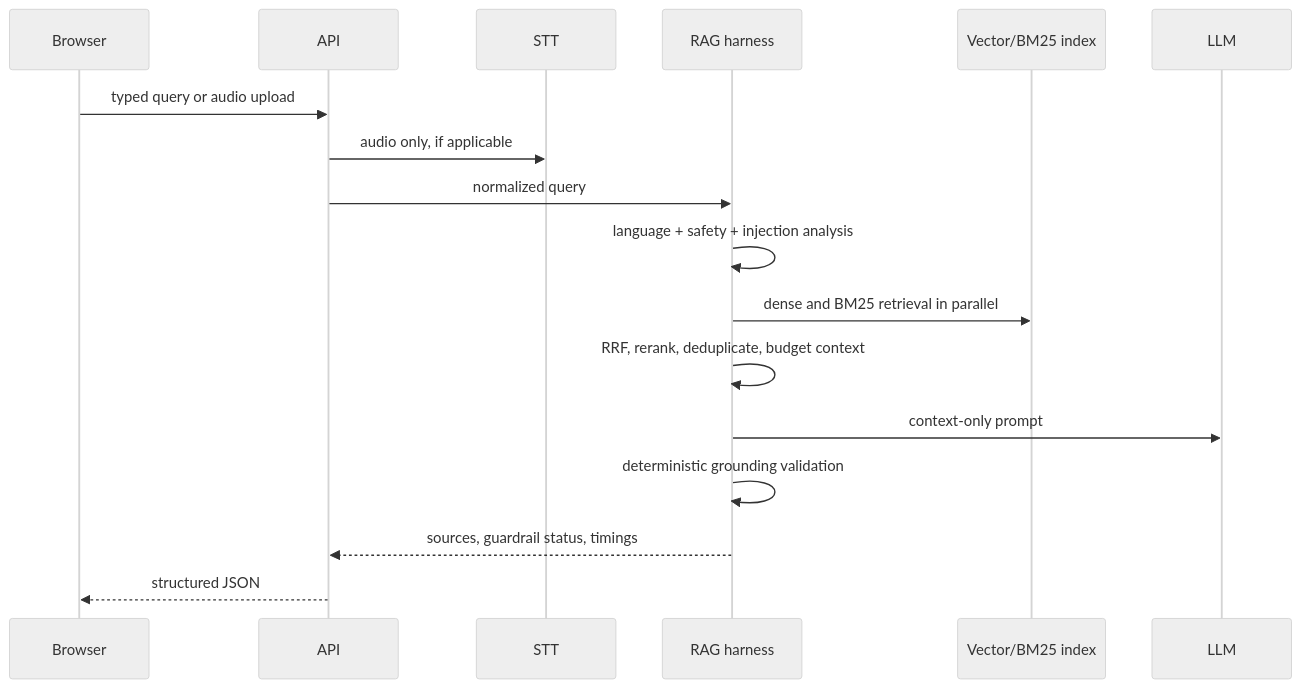
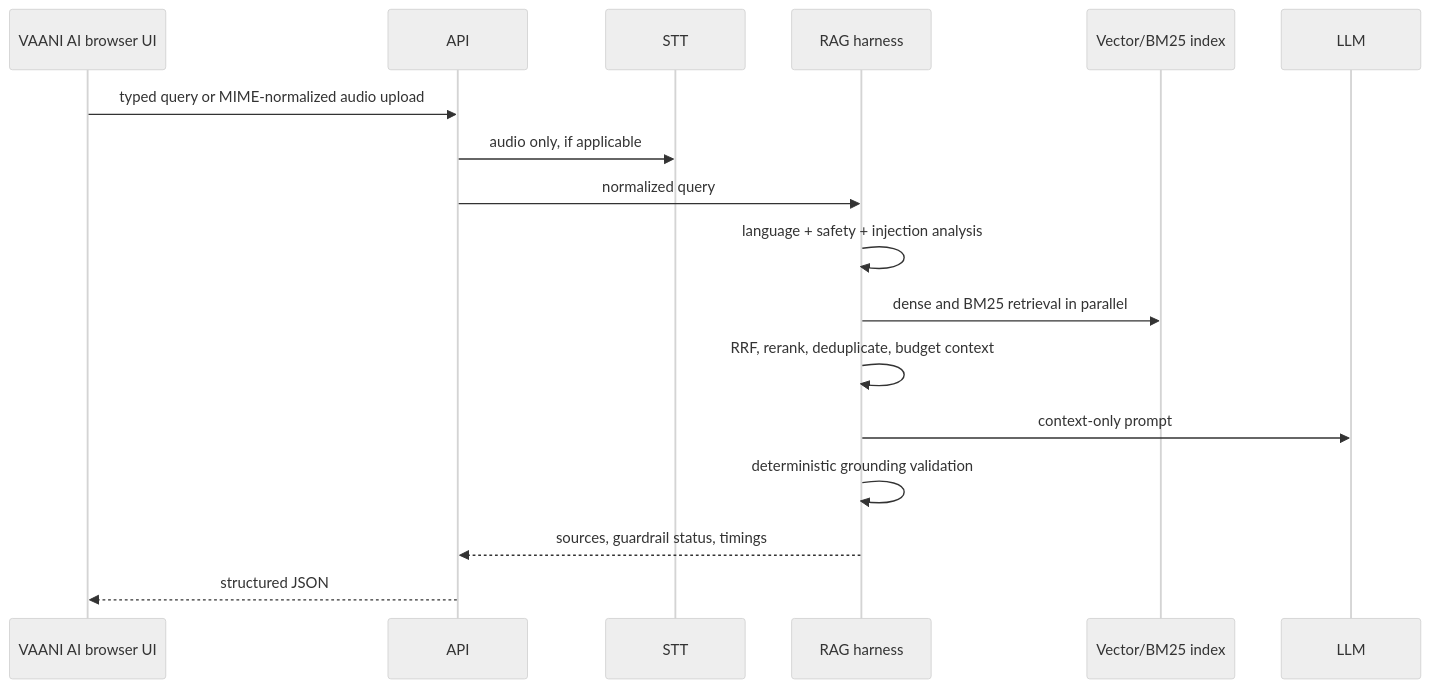
One commit to RamzanKhansLab/Hacker_House_Goa_2026 changed the diagram in Task_2/docs/ARCHITECTURE.md. Above: the diagram before and after it, drawn with Mermaid (neutral theme). The commit also changed other lines of this file and 33 other files, not shown here.

````diff
--- a/Task_2/docs/ARCHITECTURE.md
+++ b/Task_2/docs/ARCHITECTURE.md
@@ -5,19 +5,19 @@
 ```mermaid
 sequenceDiagram
-  participant U as Browser
+  participant U as VAANI AI browser UI
   participant A as API
   participant S as STT
   participant R as RAG harness
   participant V as Vector/BM25 index
   participant L as LLM
-  U->>A: typed query or audio upload
+  U->>A: typed query or MIME-normalized audio upload
   A->>S: audio only, if applicable
   A->>R: normalized query
   R->>R: language + safety + injection analysis
   R->>V: dense and BM25 retrieval in parallel
   R->>R: RRF, rerank, deduplicate, budget context
   R->>L: context-only prompt
   R->>R: deterministic grounding validation
   R-->>A: sources, guardrail status, timings
   A-->>U: structured JSON
 ```
````
